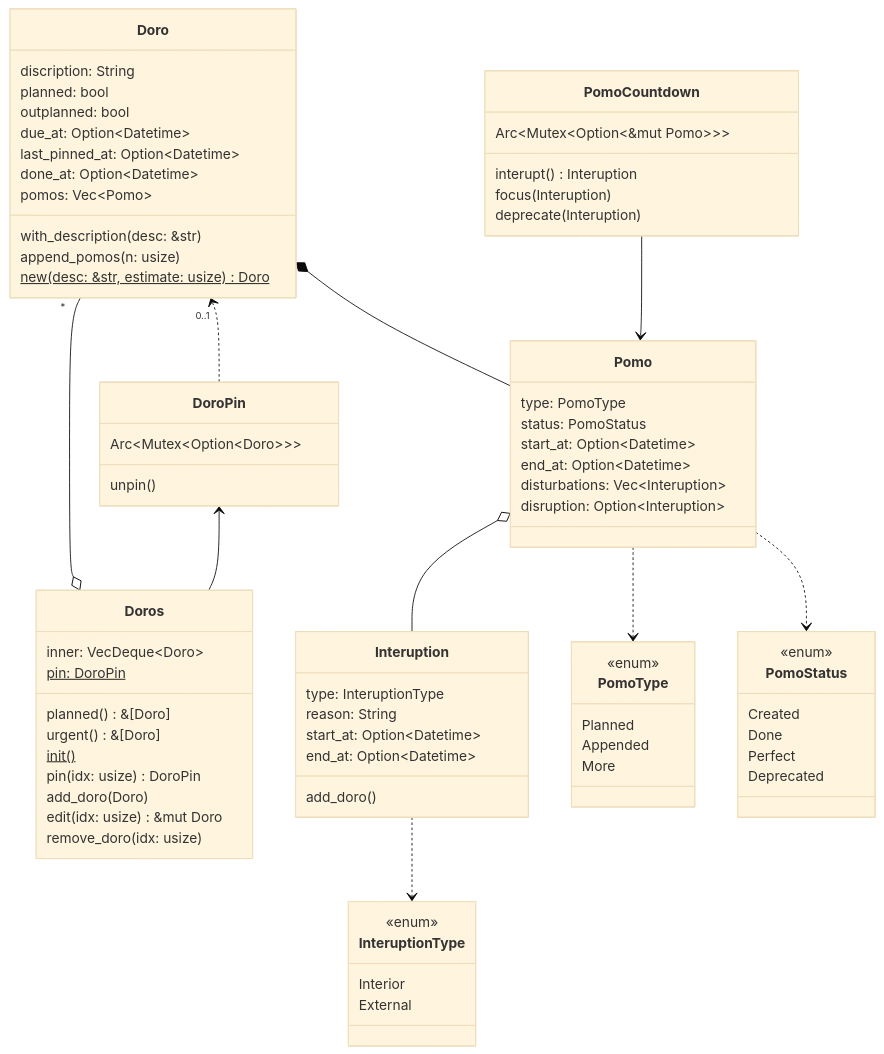
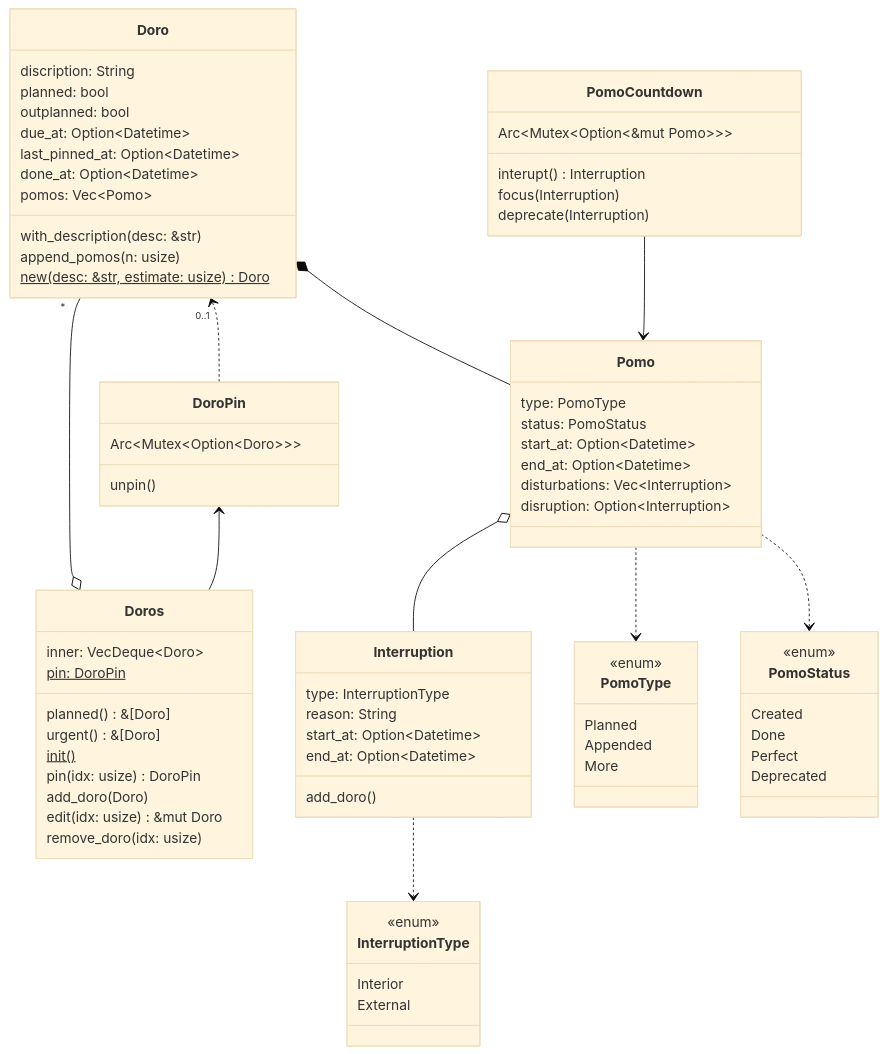
Before and after one commit to huangjj27/huangjj27.github.io: the fourth of 4 diagrams in src/pomo_doro/estimate-interuption.md, drawn with Mermaid (base theme). The commit also changed other lines of this file, not shown here.

Commit message:
typofix(pomo_doro): 修复中断拼写错误

```diff
--- a/src/pomo_doro/estimate-interuption.md
+++ b/src/pomo_doro/estimate-interuption.md
@@ -176,10 +176,10 @@
     Doro "0..1" <.. DoroPin
     DoroPin <-- Doros
     Doro *-- Pomo
-    Pomo o-- Interuption
+    Pomo o-- Interruption
     Pomo ..> PomoType
     Pomo ..> PomoStatus
-    Interuption ..> InteruptionType
+    Interruption ..> InterruptionType
     PomoCountdown --> Pomo
 
     class Doro {
@@ -217,19 +217,19 @@
         status: PomoStatus
         start_at: Option~Datetime~
         end_at: Option~Datetime~
-        disturbations: Vec~Interuption~
-        disruption: Option~Interuption~
+        disturbations: Vec~Interruption~
+        disruption: Option~Interruption~
     }
 
     class PomoCountdown {
         Arc~Mutex~Option~&mut Pomo~~~
-        interupt() Interuption
-        focus(Interuption)
-        deprecate(Interuption)
+        interupt() Interruption
+        focus(Interruption)
+        deprecate(Interruption)
     }
 
-    class Interuption {
-        type: InteruptionType
+    class Interruption {
+        type: InterruptionType
         reason: String
         start_at: Option~Datetime~
         end_at: Option~Datetime~
@@ -251,7 +251,7 @@
         Deprecated
     }
 
-    class InteruptionType {
+    class InterruptionType {
         <<enum>>
         Interior
         External
```
